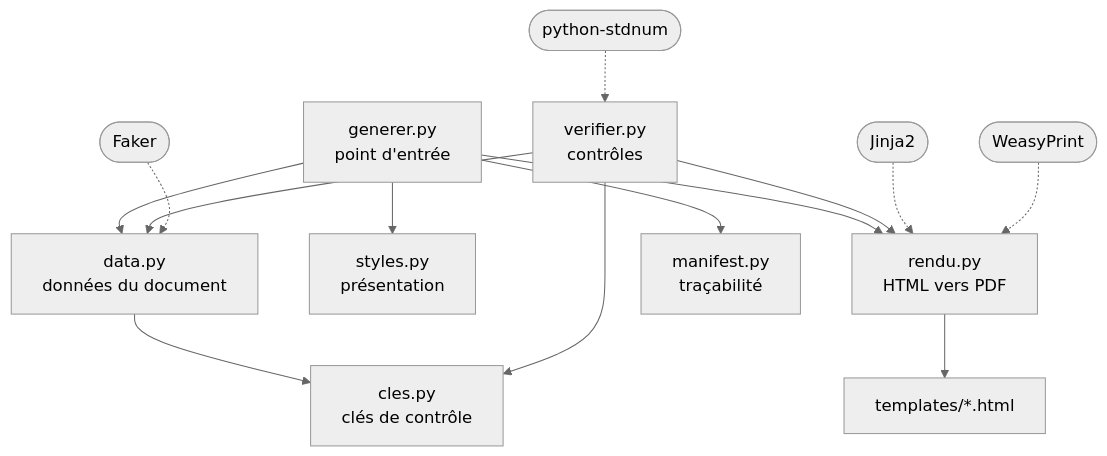
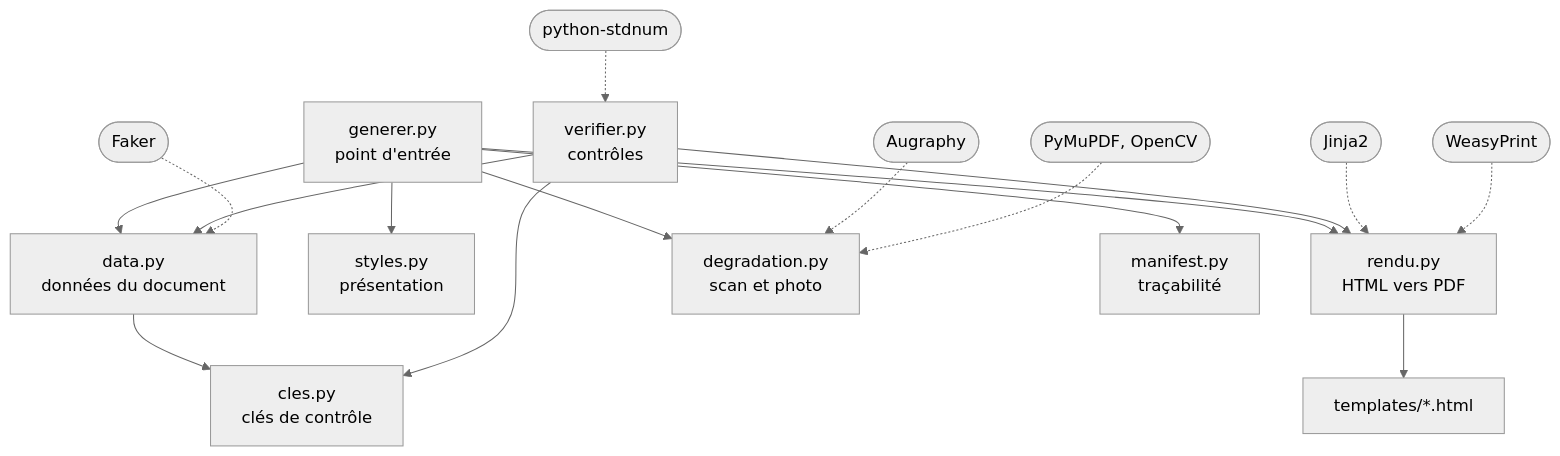
One commit to xelema/Detect-Doc changed the first of 3 diagrams in tools/CorpusGenerator/README.md. Above: the diagram before and after it, drawn with Mermaid (neutral theme). The commit also changed other lines of this file and 6 other files, not shown here.

````diff
--- a/tools/CorpusGenerator/README.md
+++ b/tools/CorpusGenerator/README.md
@@ -37,26 +37,30 @@
 ```mermaid
 graph TD
     generer[generer.py<br/>point d'entrée]
     data[data.py<br/>données du document]
     styles[styles.py<br/>présentation]
     rendu[rendu.py<br/>HTML vers PDF]
+    degradation[degradation.py<br/>scan et photo]
     manifest[manifest.py<br/>traçabilité]
     cles[cles.py<br/>clés de contrôle]
     verifier[verifier.py<br/>contrôles]
     tpl[templates/*.html]
 
     generer --> data
     generer --> styles
     generer --> rendu
+    generer --> degradation
     generer --> manifest
     data --> cles
     rendu --> tpl
     verifier --> data
     verifier --> cles
     verifier --> rendu
 
     faker([Faker]) -.-> data
     jinja([Jinja2]) -.-> rendu
     weasy([WeasyPrint]) -.-> rendu
+    augraphy([Augraphy]) -.-> degradation
+    pymupdf([PyMuPDF, OpenCV]) -.-> degradation
     stdnum([python-stdnum]) -.-> verifier
 ```
````
